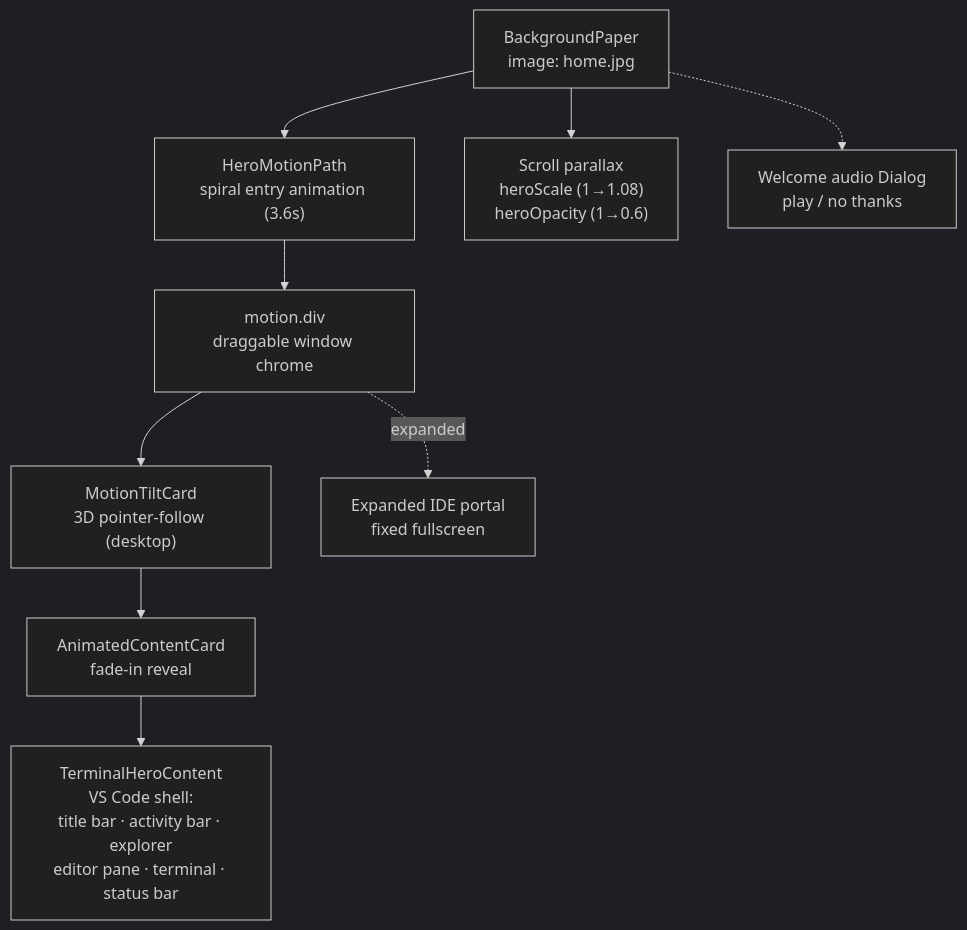
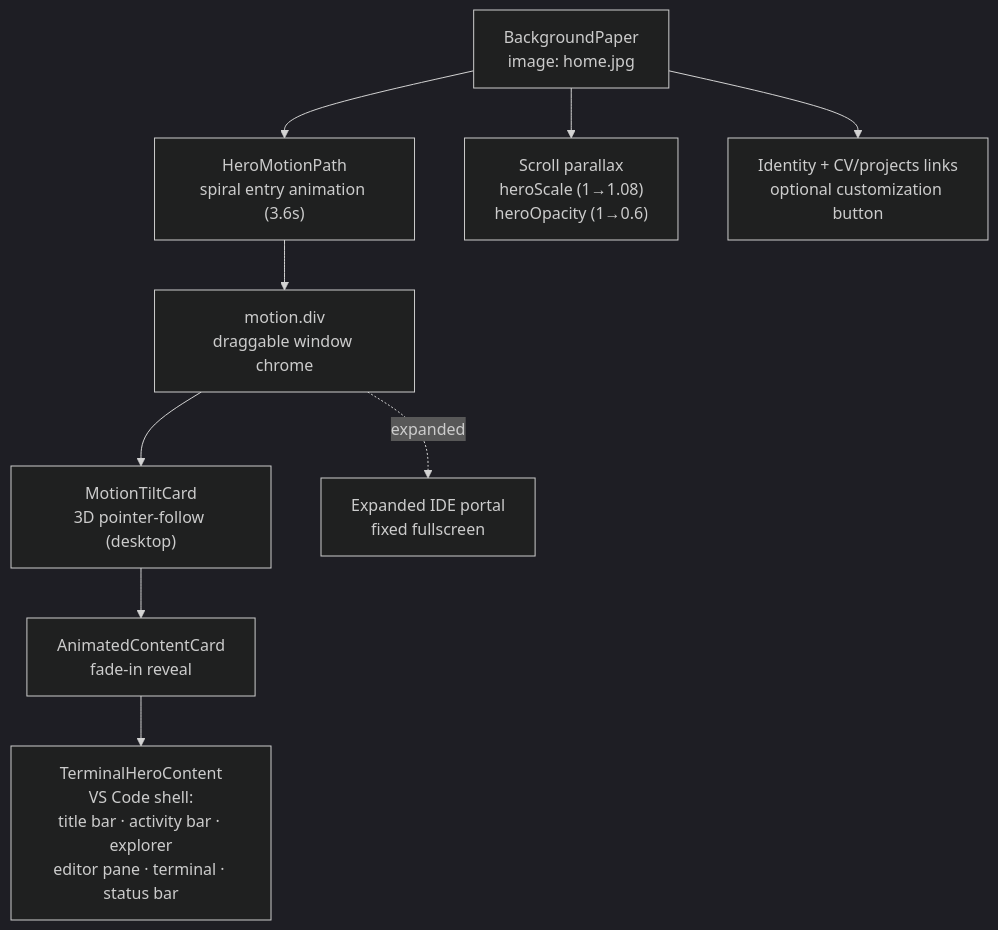
The second of 12 diagrams in docs/frontend/page-choreography.md (danphenderson/dev-danhenderson), drawn with Mermaid (dark theme) before and after one commit. The commit also changed other lines of this file and 324 other files, not shown here.

````diff
--- a/docs/frontend/page-choreography.md
+++ b/docs/frontend/page-choreography.md
@@ -32,17 +32,17 @@
 ```mermaid
 flowchart TB
   BG["BackgroundPaper<br/>image: home.jpg"]
   HMP["HeroMotionPath<br/>spiral entry animation (3.6s)"]
   DragDiv["motion.div<br/>draggable window chrome"]
   Tilt["MotionTiltCard<br/>3D pointer-follow (desktop)"]
   ACC["AnimatedContentCard<br/>fade-in reveal"]
   THC["TerminalHeroContent<br/>VS Code shell:<br/>title bar · activity bar · explorer<br/>editor pane · terminal · status bar"]
   ScrollP["Scroll parallax<br/>heroScale (1→1.08)<br/>heroOpacity (1→0.6)"]
-  Dialog["Welcome audio Dialog<br/>play / no thanks"]
+  Intro["Identity + CV/projects links<br/>optional customization button"]
   Portal["Expanded IDE portal<br/>fixed fullscreen"]
 
   BG --> HMP --> DragDiv --> Tilt --> ACC --> THC
   BG --> ScrollP
-  BG -.-> Dialog
+  BG --> Intro
   DragDiv -.->|expanded| Portal
 ```
````
